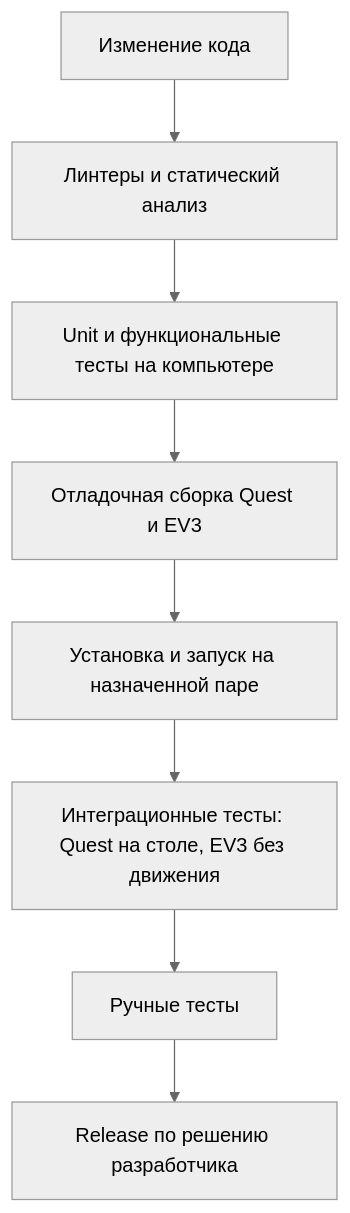
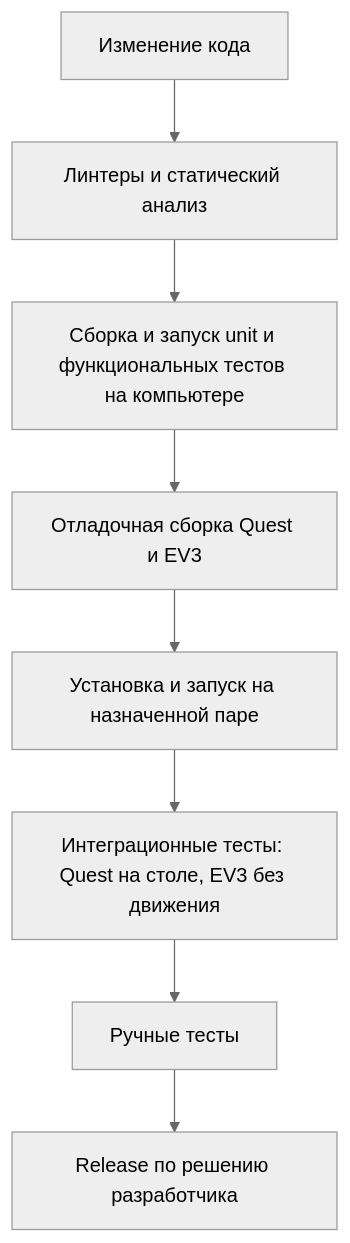
Before and after one commit to sirejik/phantom: the diagram in docs/engineering.md, drawn with Mermaid (neutral theme). The commit also changed other lines of this file and 105 other files, not shown here.

````diff
--- a/docs/engineering.md
+++ b/docs/engineering.md
@@ -156,10 +131,10 @@
 ```mermaid
 flowchart TD
   C[Изменение кода] --> L[Линтеры и статический анализ]
-  L --> U[Unit и функциональные тесты на компьютере]
+  L --> U[Сборка и запуск unit и функциональных тестов на компьютере]
   U --> B[Отладочная сборка Quest и EV3]
   B --> D[Установка и запуск на назначенной паре]
   D --> I[Интеграционные тесты: Quest на столе, EV3 без движения]
   I --> M[Ручные тесты]
   M --> R[Release по решению разработчика]
 ```
````
